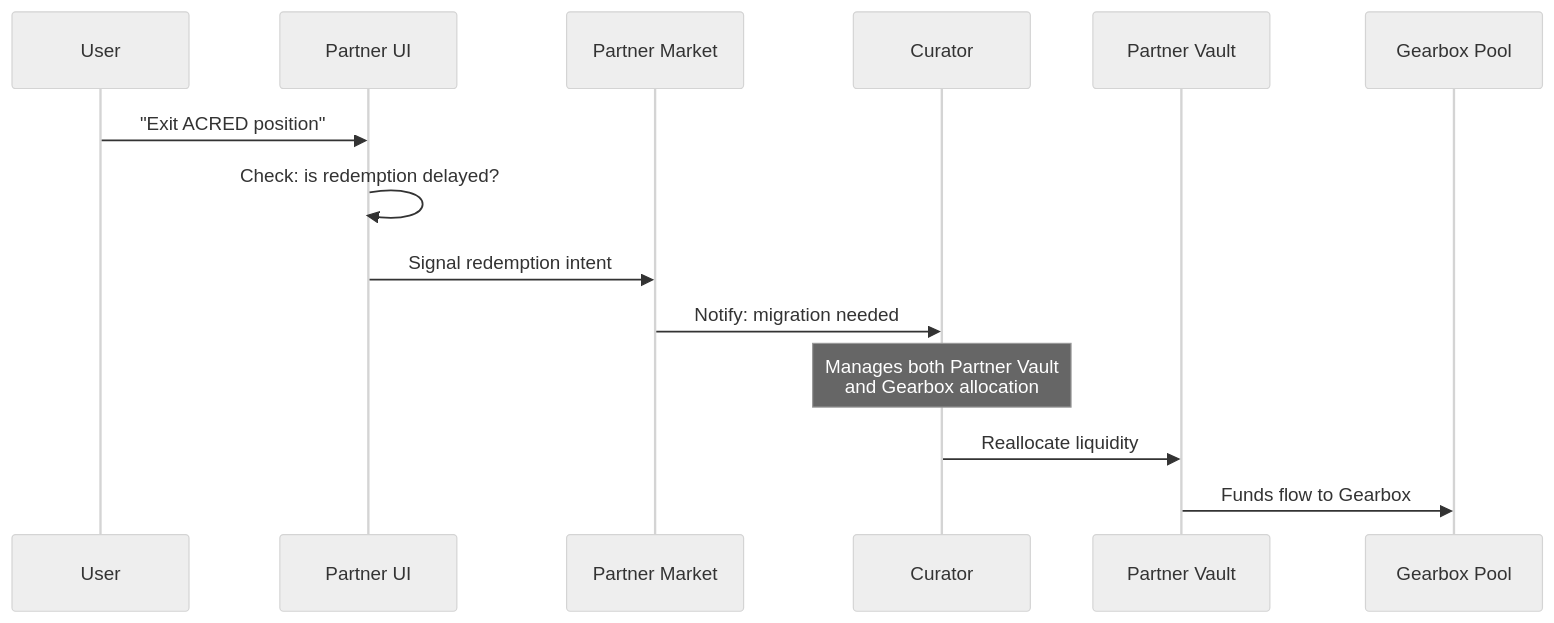
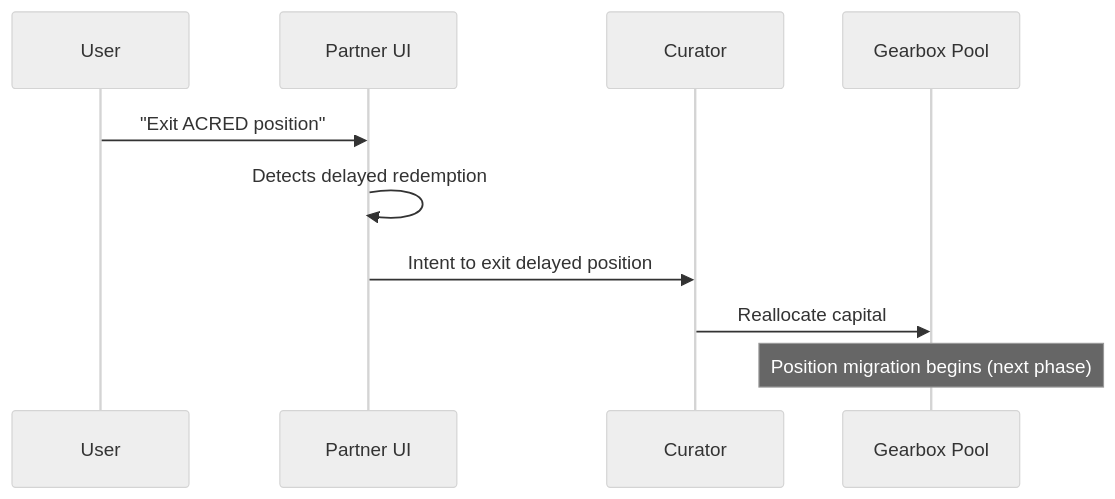
One commit to Gearbox-protocol/docs-knowledge changed the sixth of 10 diagrams in reference/usecase-faster-rwa-settlement-with-leverage.md. Above: the diagram before and after it, drawn with Mermaid (neutral theme). The commit also changed other lines of this file, not shown here.

First line of the commit message:
docs: add capital-neutral migration concept and restructure Position Transfer section

````diff
--- a/reference/usecase-faster-rwa-settlement-with-leverage.md
+++ b/reference/usecase-faster-rwa-settlement-with-leverage.md
@@ -255,17 +303,13 @@
 ```mermaid
 sequenceDiagram
     participant U as User
     participant UI as Partner UI
-    participant M as Partner Market
     participant C as Curator
-    participant V as Partner Vault
     participant GP as Gearbox Pool
-    
+
     U->>UI: "Exit ACRED position"
-    UI->>UI: Check: is redemption delayed?
-    UI->>M: Signal redemption intent
-    M->>C: Notify: migration needed
-    Note over C: Manages both Partner Vault<br/>and Gearbox allocation
-    C->>V: Reallocate liquidity
-    V->>GP: Funds flow to Gearbox
+    UI->>UI: Detects delayed redemption
+    UI->>C: Intent to exit delayed position
+    C->>GP: Reallocate capital
+    Note over GP: Position migration begins (next phase)
 ```
````
